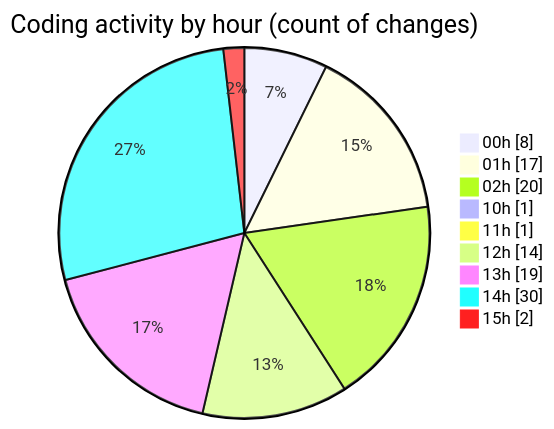
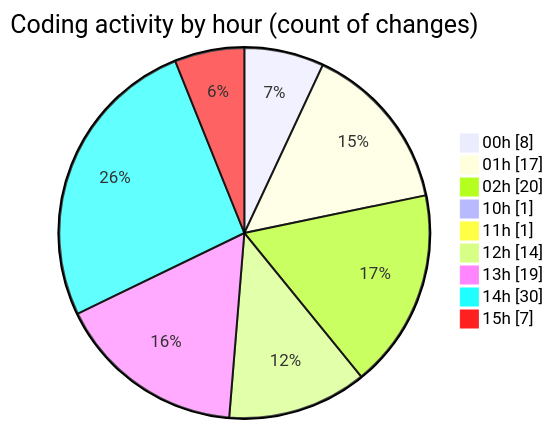
The second of 2 diagrams in 2025-05-02/niten/README.md (Elitesun/code-tracking), drawn with Mermaid before and after one commit. The commit also changed other lines of this file and 1 other file, not shown here.

````diff
--- a/2025-05-02/niten/README.md
+++ b/2025-05-02/niten/README.md
@@ -64,13 +64,13 @@
 ```mermaid
 pie showData
 title Coding activity by hour (count of changes)
 "00h" : 8
 "01h" : 17
 "02h" : 20
 "10h" : 1
 "11h" : 1
 "12h" : 14
 "13h" : 19
 "14h" : 30
-"15h" : 2
+"15h" : 7
 ```
````
